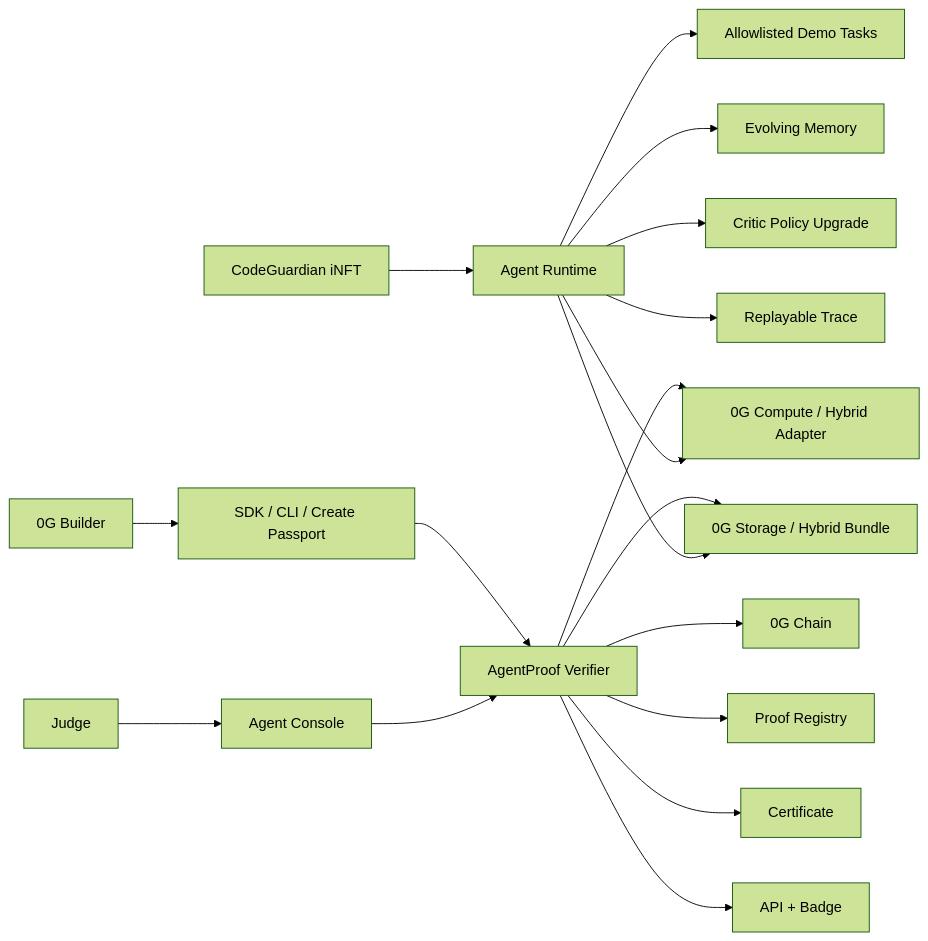
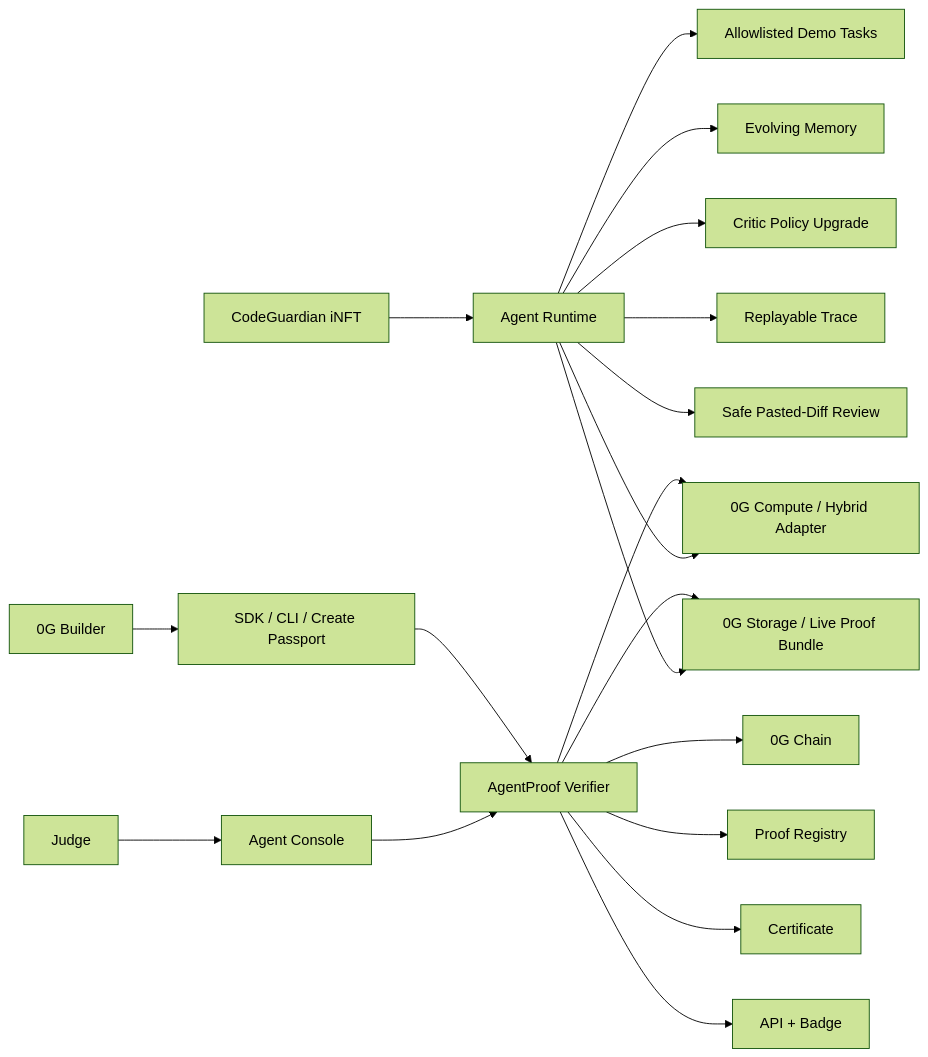
The diagram in docs/architecture.md (fefe102/Proof-of-Intelligence-Explorer), drawn with Mermaid (forest theme) before and after one commit. The commit also changed other lines of this file and 9 other files, not shown here.

Commit message:
docs: align submission with live proof evidence

````diff
--- a/docs/architecture.md
+++ b/docs/architecture.md
@@ -3,22 +3,23 @@
 ```mermaid
 flowchart LR
   CodeGuardian["CodeGuardian iNFT"] --> Runtime["Agent Runtime"]
   Runtime --> Tasks["Allowlisted Demo Tasks"]
   Runtime --> Memory["Evolving Memory"]
   Runtime --> Upgrade["Critic Policy Upgrade"]
   Runtime --> Trace["Replayable Trace"]
   Runtime --> Compute["0G Compute / Hybrid Adapter"]
-  Runtime --> Storage["0G Storage / Hybrid Bundle"]
+  Runtime --> Storage["0G Storage / Live Proof Bundle"]
+  Runtime --> Review["Safe Pasted-Diff Review"]
 
   AgentProof["AgentProof Verifier"] --> Chain["0G Chain"]
   AgentProof --> Storage
   AgentProof --> Compute
   AgentProof --> Registry["Proof Registry"]
   AgentProof --> Certificate["Certificate"]
   AgentProof --> Badge["API + Badge"]
 
   Judge["Judge"] --> Console["Agent Console"]
   Console --> AgentProof
   Builder["0G Builder"] --> SDK["SDK / CLI / Create Passport"]
   SDK --> AgentProof
 ```
````
